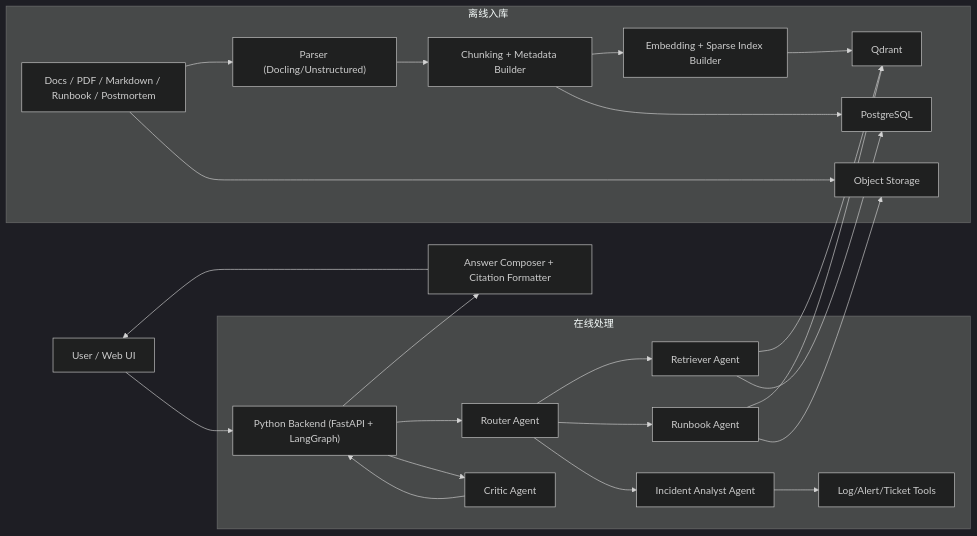
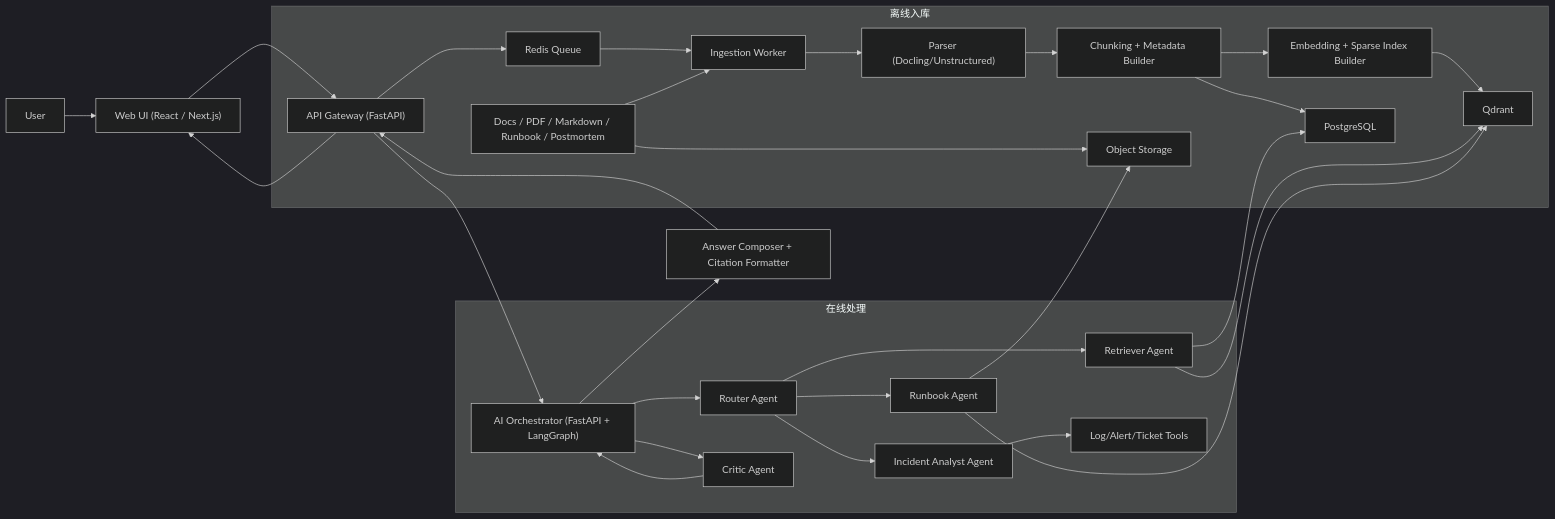
One commit to wangchao-sh91/product-ai-assistant changed the first of 3 diagrams in design.md. Above: the diagram before and after it, drawn with Mermaid (dark theme). The commit also changed other lines of this file and 2 other files, not shown here.

````diff
--- a/design.md
+++ b/design.md
@@ -14,30 +15,36 @@
 ```mermaid
 flowchart LR
-    U["User / Web UI"] --> A["Python Backend (FastAPI + LangGraph)"]
+    U["User"] --> W["Web UI (React / Next.js)"]
+    W --> G["API Gateway (FastAPI)"]
 
     subgraph Offline["离线入库"]
-      S1["Docs / PDF / Markdown / Runbook / Postmortem"] --> P["Parser (Docling/Unstructured)"]
+      G --> Q["Redis Queue"]
+      Q --> IW["Ingestion Worker"]
+      S1["Docs / PDF / Markdown / Runbook / Postmortem"] --> IW
+      IW --> P["Parser (Docling/Unstructured)"]
       P --> C["Chunking + Metadata Builder"]
       C --> E["Embedding + Sparse Index Builder"]
       E --> V["Qdrant"]
       C --> M["PostgreSQL"]
       S1 --> O["Object Storage"]
     end
 
     subgraph Online["在线处理"]
-      A --> R["Router Agent"]
+      G --> AO["AI Orchestrator (FastAPI + LangGraph)"]
+      AO --> R["Router Agent"]
       R --> T1["Retriever Agent"]
       R --> T2["Incident Analyst Agent"]
       R --> T3["Runbook Agent"]
       T1 --> V
       T1 --> M
       T2 --> X1["Log/Alert/Ticket Tools"]
       T3 --> V
       T3 --> O
-      A --> C1["Critic Agent"]
-      C1 --> A
+      AO --> C1["Critic Agent"]
+      C1 --> AO
     end
 
-    A --> N["Answer Composer + Citation Formatter"]
-    N --> U
+    AO --> N["Answer Composer + Citation Formatter"]
+    N --> G
+    G --> W
 ```
````
